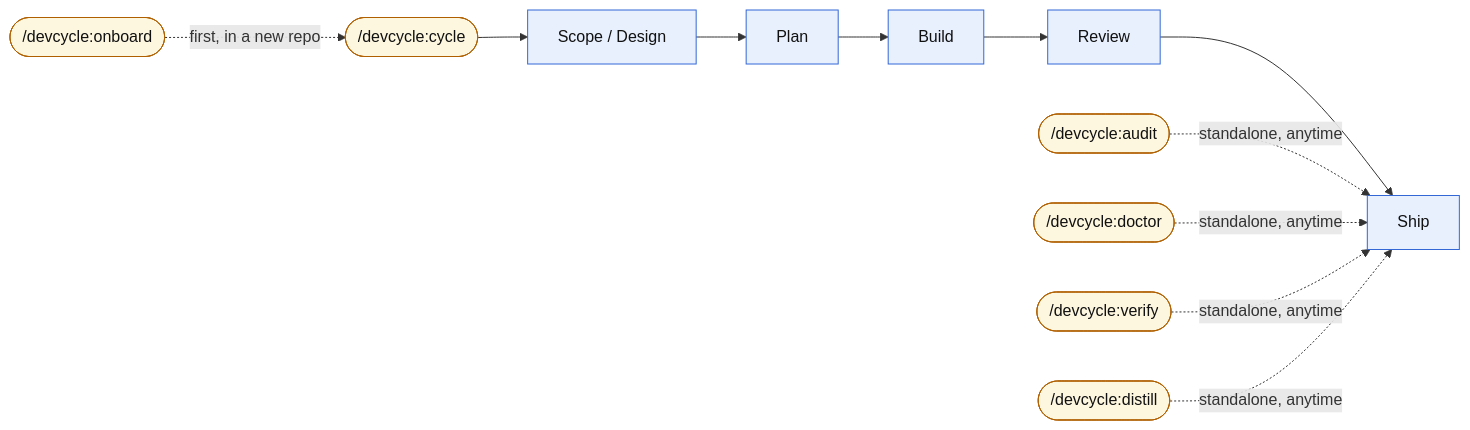
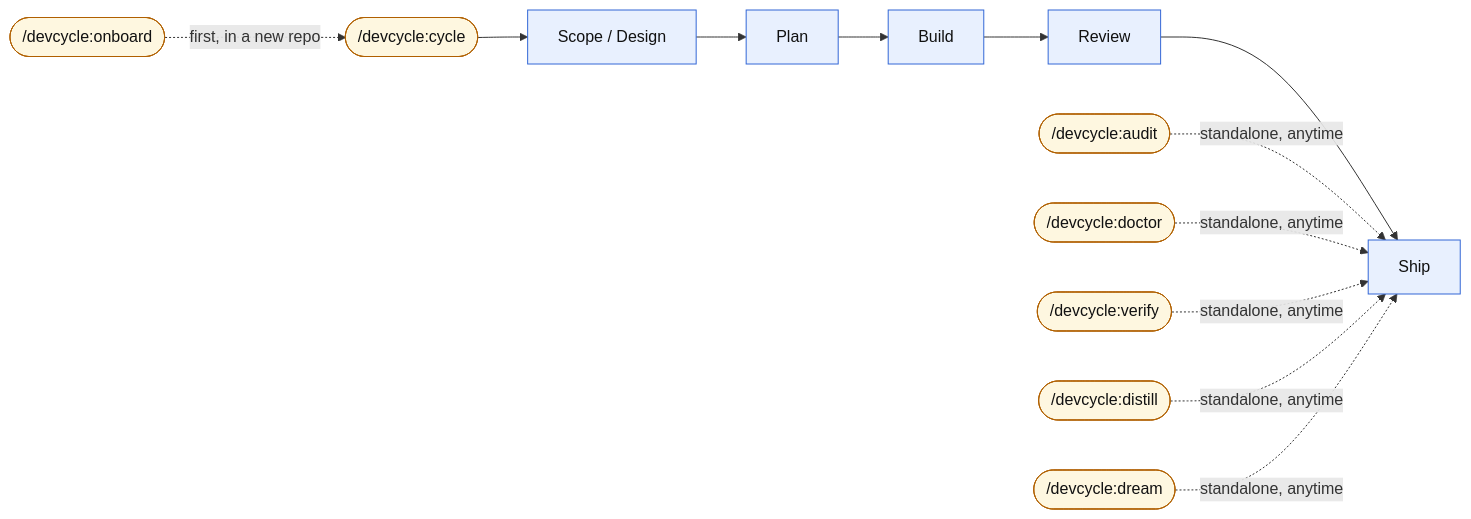
The first of 2 diagrams in README.md (KonstantinRoehrl/devcycle), drawn with Mermaid before and after one commit. The commit also changed other lines of this file and 85 other files, not shown here.

````diff
--- a/README.md
+++ b/README.md
@@ -19,24 +19,26 @@
 ```mermaid
 flowchart LR
     CYCLE(["/devcycle:cycle"]):::entry
     ONBOARD(["/devcycle:onboard"]):::entry
     AUDIT(["/devcycle:audit"]):::entry
     DOCTOR(["/devcycle:doctor"]):::entry
     VERIFY(["/devcycle:verify"]):::entry
     DISTILL(["/devcycle:distill"]):::entry
+    DREAM(["/devcycle:dream"]):::entry
 
     ONBOARD -. "first, in a new repo" .-> CYCLE
     CYCLE --> SCOPE["Scope / Design"]:::orch
     SCOPE --> PLAN["Plan"]:::orch
     PLAN --> BUILD["Build"]:::orch
     BUILD --> REVIEW["Review"]:::orch
     REVIEW --> SHIP["Ship"]:::orch
 
     AUDIT -. "standalone, anytime" .-> SHIP
     DOCTOR -. "standalone, anytime" .-> SHIP
     VERIFY -. "standalone, anytime" .-> SHIP
     DISTILL -. "standalone, anytime" .-> SHIP
+    DREAM -. "standalone, anytime" .-> SHIP
 
     classDef orch fill:#e8f0fe,stroke:#3367d6,color:#111
     classDef entry fill:#fef7e0,stroke:#b06000,color:#111
 ```
````
